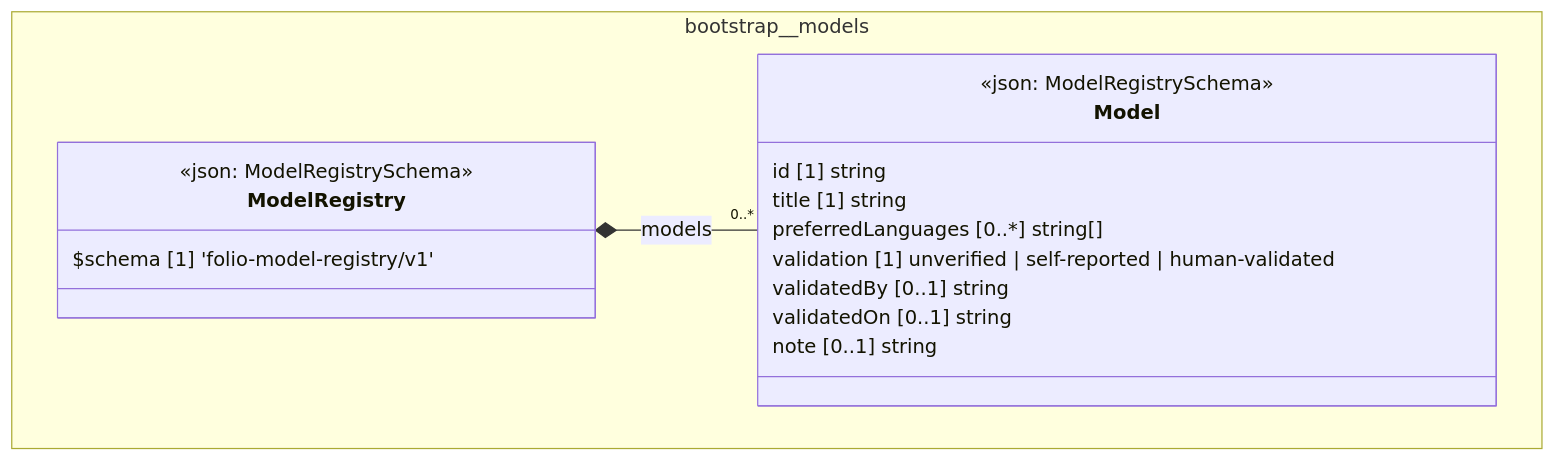
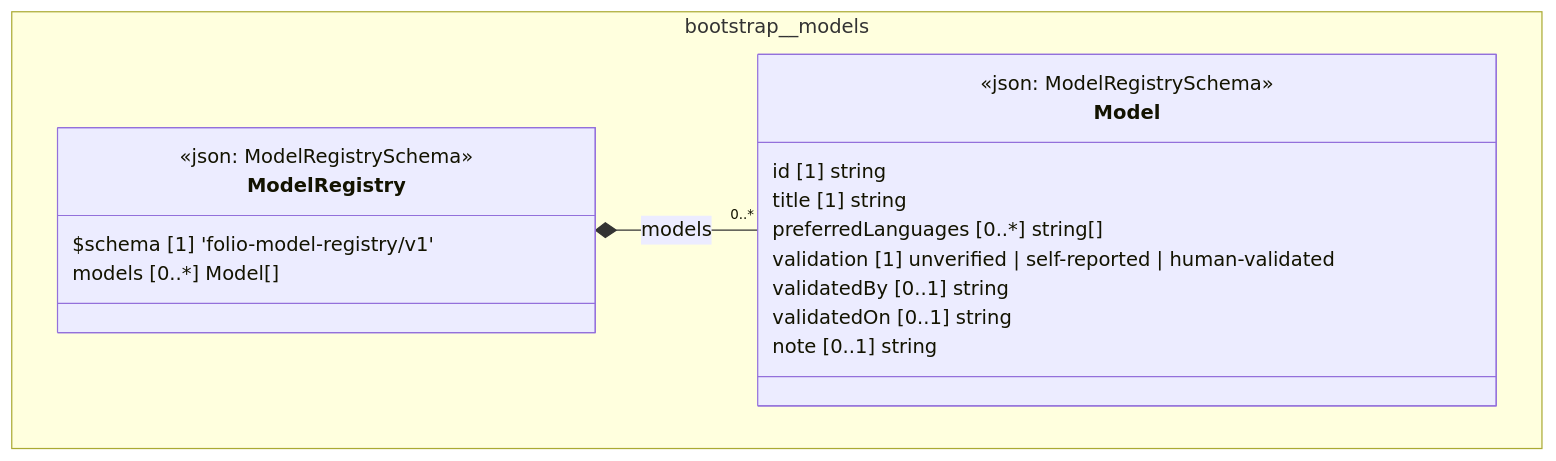
Before and after one commit to litlfred/folio-assistant: the diagram in cat-harness/docs/uml/overview/bootstrap/models.md, drawn with Mermaid. The commit also changed 181 other files, not shown here.

First line of the commit message:
UML: full object model on the overview page; no empty class boxes

````diff
--- a/cat-harness/docs/uml/overview/bootstrap/models.md
+++ b/cat-harness/docs/uml/overview/bootstrap/models.md
@@ -29,23 +29,24 @@
 ```mermaid
 classDiagram
   direction TB
   namespace bootstrap__models {
     class bootstrap_models_Model["Model"] {
       <<json: ModelRegistrySchema>>
       id [1] string
       title [1] string
       preferredLanguages [0..*] string[]
       validation [1] unverified | self-reported | human-validated
       validatedBy [0..1] string
       validatedOn [0..1] string
       note [0..1] string
     }
     class bootstrap_models_ModelRegistry["ModelRegistry"] {
       <<json: ModelRegistrySchema>>
       $schema [1] 'folio-model-registry/v1'
+      models [0..*] Model[]
     }
   }
   bootstrap_models_ModelRegistry *-- "0..*" bootstrap_models_Model : models
   cssClass "bootstrap_models_Model" fa_uml_kind_models
   cssClass "bootstrap_models_ModelRegistry" fa_uml_kind_models
 ```
````
